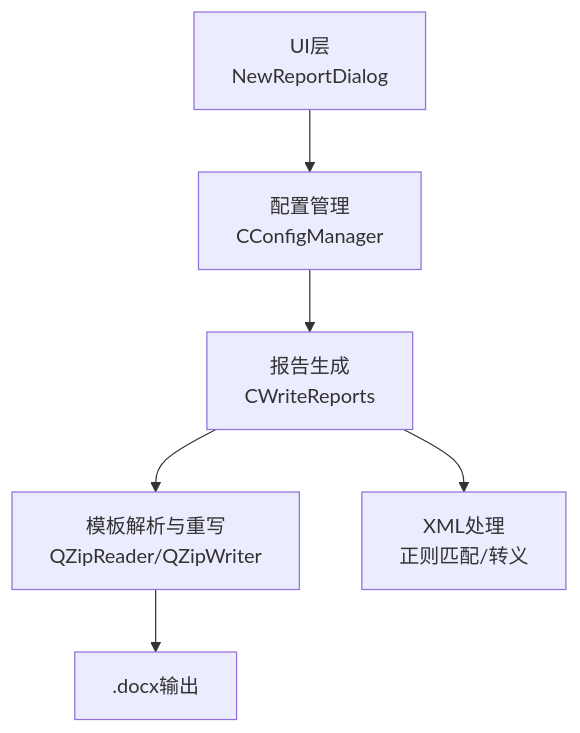
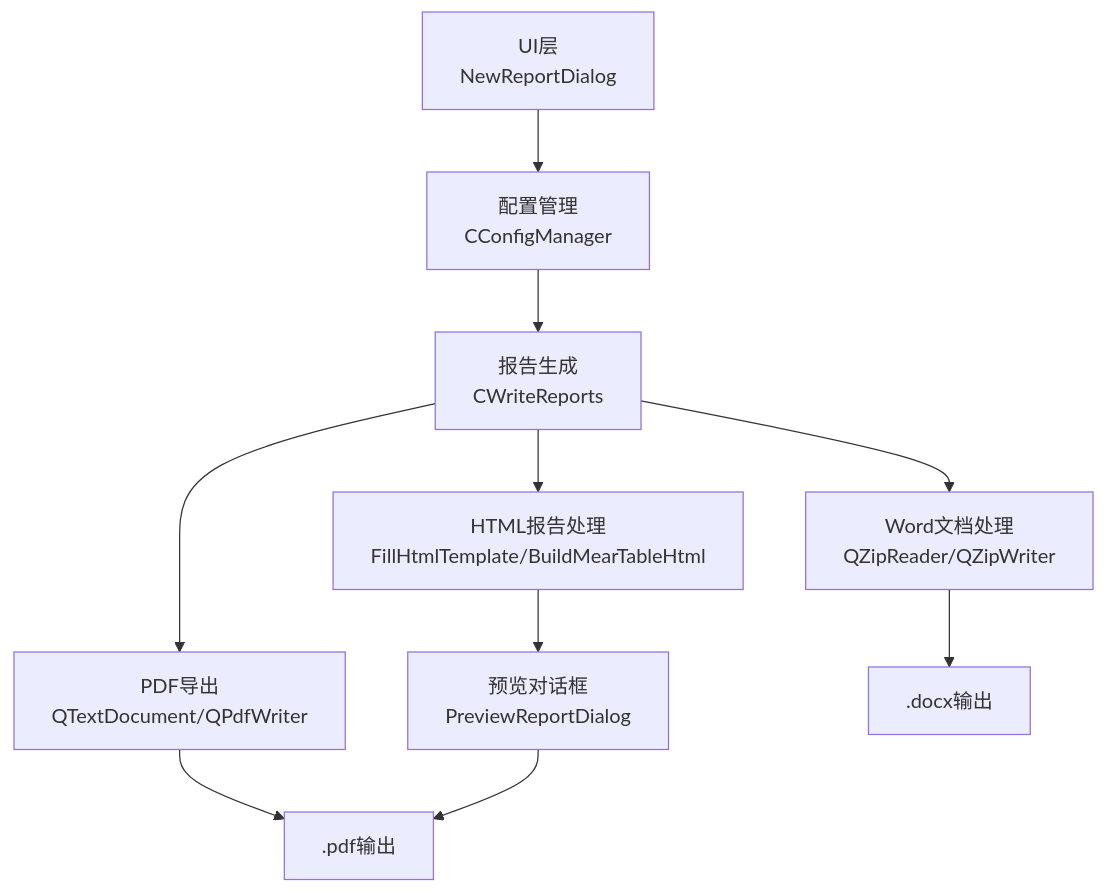
One commit to yangreest/Zero-value-Insulator-Robot-V2 changed the first of 5 diagrams in .qoder/repowiki/zh/content/用户手册/报告生成与管理/导出格式支持.md. Above: the diagram before and after it, drawn with Mermaid. The commit also changed other lines of this file and 22 other files, not shown here.

````diff
--- a/.qoder/repowiki/zh/content/用户手册/报告生成与管理/导出格式支持.md
+++ b/.qoder/repowiki/zh/content/用户手册/报告生成与管理/导出格式支持.md
@@ -32,8 +43,12 @@
 ```mermaid
 graph TB
 UI["UI层<br/>NewReportDialog"] --> CFG["配置管理<br/>CConfigManager"]
 CFG --> REP["报告生成<br/>CWriteReports"]
-REP --> DOCX["模板解析与重写<br/>QZipReader/QZipWriter"]
-REP --> XML["XML处理<br/>正则匹配/转义"]
+REP --> DOCX["Word文档处理<br/>QZipReader/QZipWriter"]
+REP --> HTML["HTML报告处理<br/>FillHtmlTemplate/BuildMearTableHtml"]
+REP --> PDF["PDF导出<br/>QTextDocument/QPdfWriter"]
+HTML --> PREVIEW["预览对话框<br/>PreviewReportDialog"]
 DOCX --> OUT[".docx输出"]
+PDF --> OUT2[".pdf输出"]
+PREVIEW --> OUT2
 ```
````
